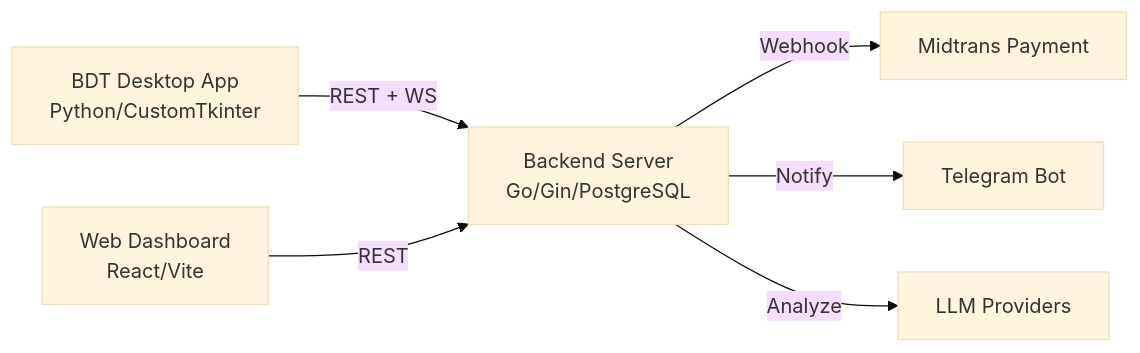
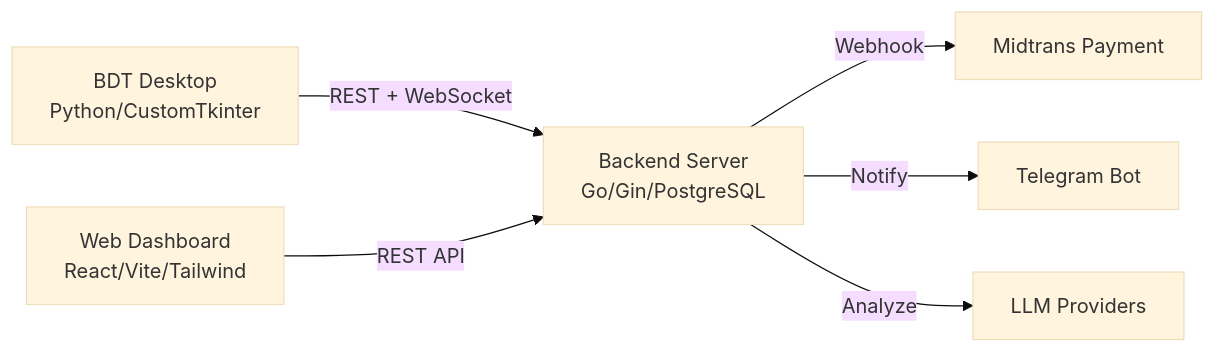
One commit to OtakAtik-Robotics/.github changed the diagram in profile/README.md. Above: the diagram before and after it, drawn with Mermaid (base theme). The commit also changed other lines of this file, not shown here.

````diff
--- a/profile/README.md
+++ b/profile/README.md
@@ -72,8 +72,8 @@
 ```mermaid
 graph LR
-    A[BDT Desktop App<br/>Python/CustomTkinter] -->|REST + WS| B[Backend Server<br/>Go/Gin/PostgreSQL]
-    C[Web Dashboard<br/>React/Vite] -->|REST| B
+    A[BDT Desktop<br/>Python/CustomTkinter] -->|REST + WebSocket| B[Backend Server<br/>Go/Gin/PostgreSQL]
+    C[Web Dashboard<br/>React/Vite/Tailwind] -->|REST API| B
     B -->|Webhook| D[Midtrans Payment]
     B -->|Notify| E[Telegram Bot]
     B -->|Analyze| F[LLM Providers]
 ```
````
